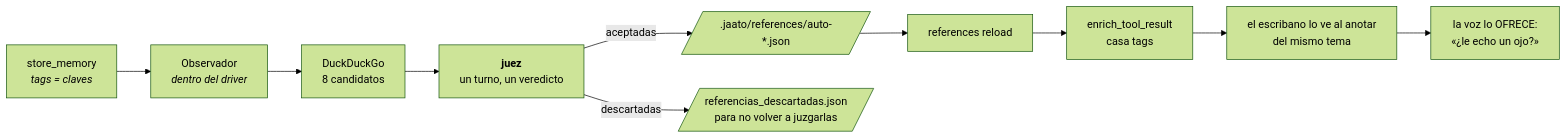
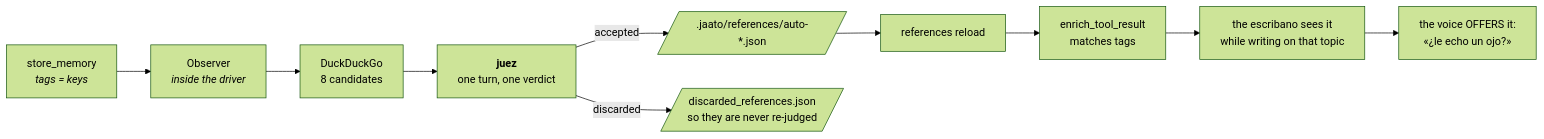
One commit to Jaato-framework-and-examples/jaato-escriba changed the third of 3 diagrams in README.md. Above: the diagram before and after it, drawn with Mermaid (forest theme). The commit also changed other lines of this file and 18 other files, not shown here.

````diff
--- a/README.md
+++ b/README.md
@@ -144,12 +149,12 @@
 ```mermaid
 flowchart LR
-    sm["store_memory<br/><i>tags = claves</i>"] --> obs["Observador<br/><i>dentro del driver</i>"]
-    obs --> ddg["DuckDuckGo<br/>8 candidatos"]
-    ddg --> juez["<b>juez</b><br/>un turno, un veredicto"]
-    juez -- "aceptadas" --> cat[/".jaato/references/auto-*.json"/]
-    juez -- "descartadas" --> desc[/"referencias_descartadas.json<br/>para no volver a juzgarlas"/]
+    sm["store_memory<br/><i>tags = keys</i>"] --> obs["Observer<br/><i>inside the driver</i>"]
+    obs --> ddg["DuckDuckGo<br/>8 candidates"]
+    ddg --> judge["<b>juez</b><br/>one turn, one verdict"]
+    judge -- "accepted" --> cat[/".jaato/references/auto-*.json"/]
+    judge -- "discarded" --> disc[/"discarded_references.json<br/>so they are never re-judged"/]
     cat --> rel["references reload"]
-    rel --> enr["enrich_tool_result<br/>casa tags"]
-    enr --> esc2["el escribano lo ve al anotar<br/>del mismo tema"]
-    esc2 --> ofrece["la voz lo OFRECE:<br/>«¿le echo un ojo?»"]
+    rel --> enr["enrich_tool_result<br/>matches tags"]
+    enr --> esc2["the escribano sees it<br/>while writing on that topic"]
+    esc2 --> offer["the voice OFFERS it:<br/>«¿le echo un ojo?»"]
 ```
````
